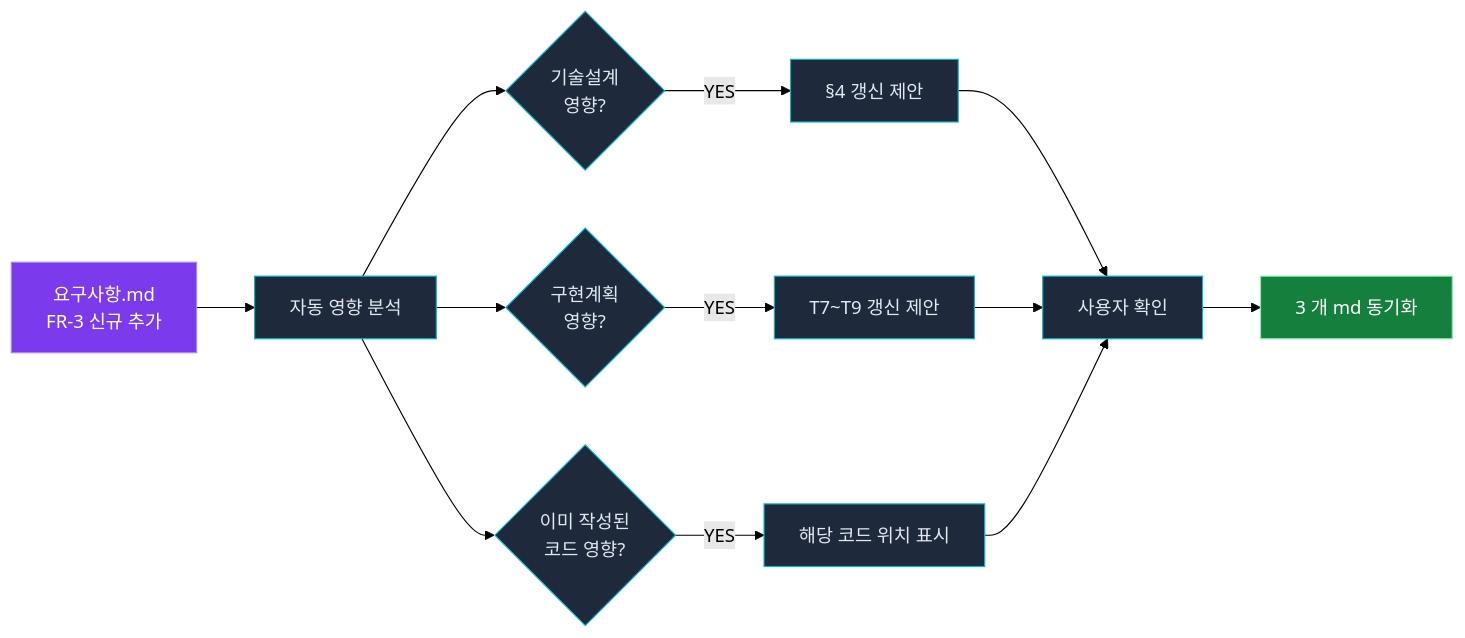
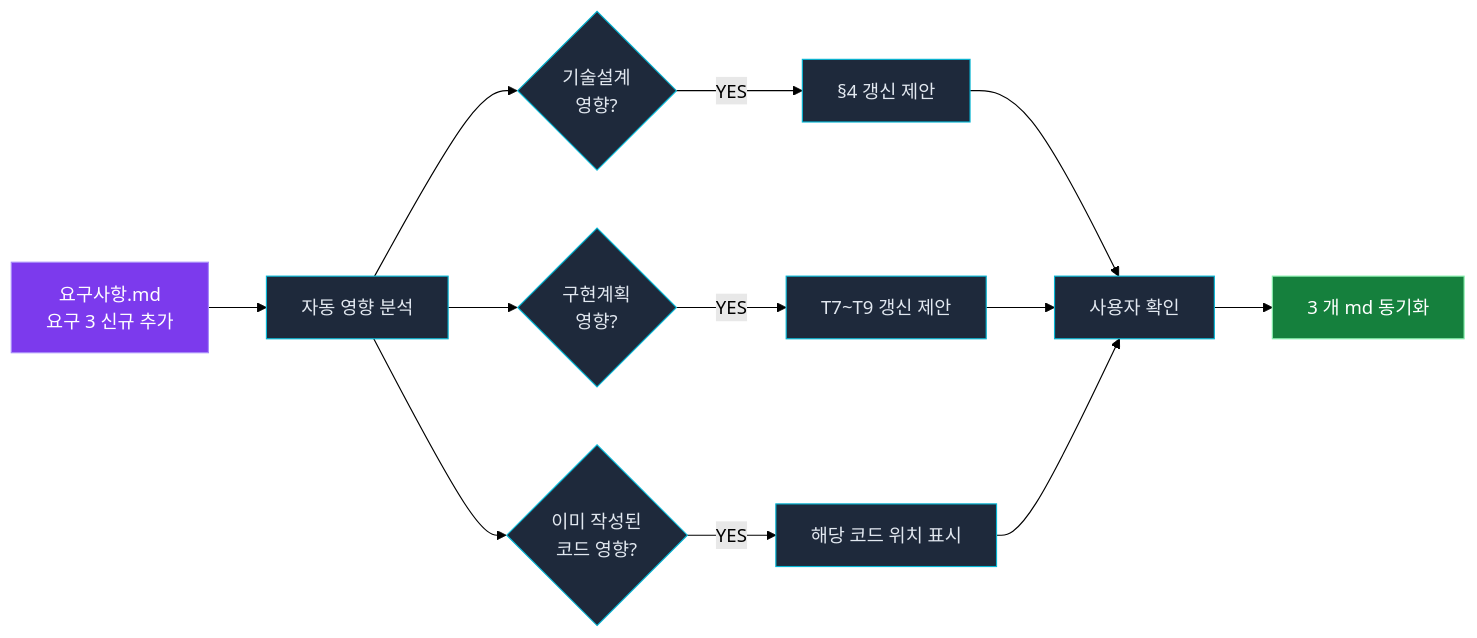
One commit to LonerStayle/js-super changed the fourth of 7 diagrams in README.md. Above: the diagram before and after it, drawn with Mermaid (forest theme). The commit also changed other lines of this file, not shown here.

````diff
--- a/README.md
+++ b/README.md
@@ -224,18 +224,18 @@
 ```mermaid
 flowchart LR
     classDef in fill:#7c3aed,stroke:#a78bfa,color:#fff
     classDef sub fill:#1e293b,stroke:#06b6d4,color:#e2e8f0
     classDef out fill:#15803d,stroke:#86efac,color:#fff
 
-    A["요구사항.md<br/>FR-3 신규 추가"]:::in --> B[자동 영향 분석]:::sub
+    A["요구사항.md<br/>요구 3 신규 추가"]:::in --> B[자동 영향 분석]:::sub
     B --> C{"기술설계<br/>영향?"}:::sub
     B --> D{"구현계획<br/>영향?"}:::sub
     B --> E{"이미 작성된<br/>코드 영향?"}:::sub
     C -->|YES| F["§4 갱신 제안"]:::sub
     D -->|YES| G["T7~T9 갱신 제안"]:::sub
     E -->|YES| H["해당 코드 위치 표시"]:::sub
     F --> I[사용자 확인]:::sub
     G --> I
     H --> I
     I --> J["3 개 md 동기화"]:::out
 ```
````
